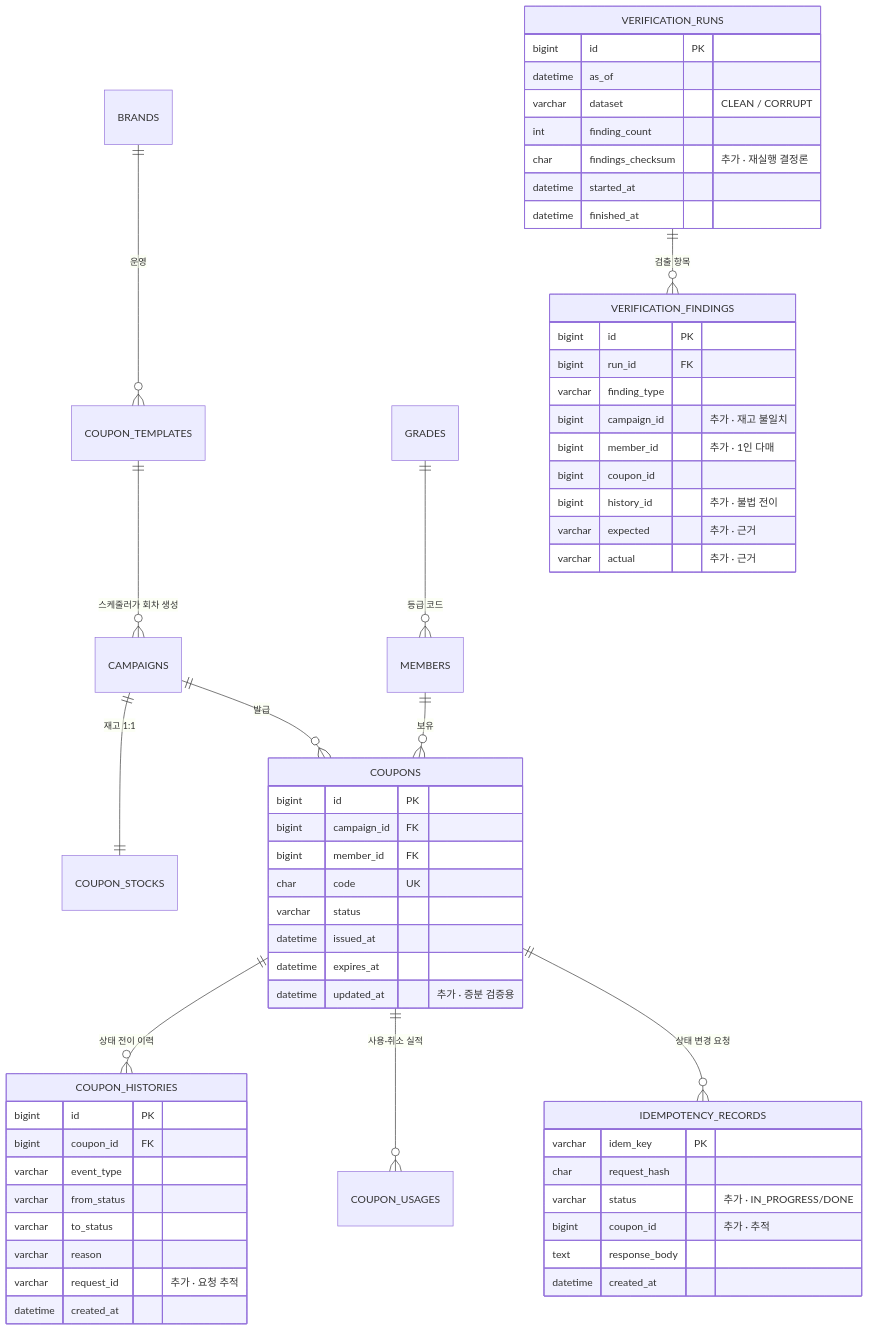
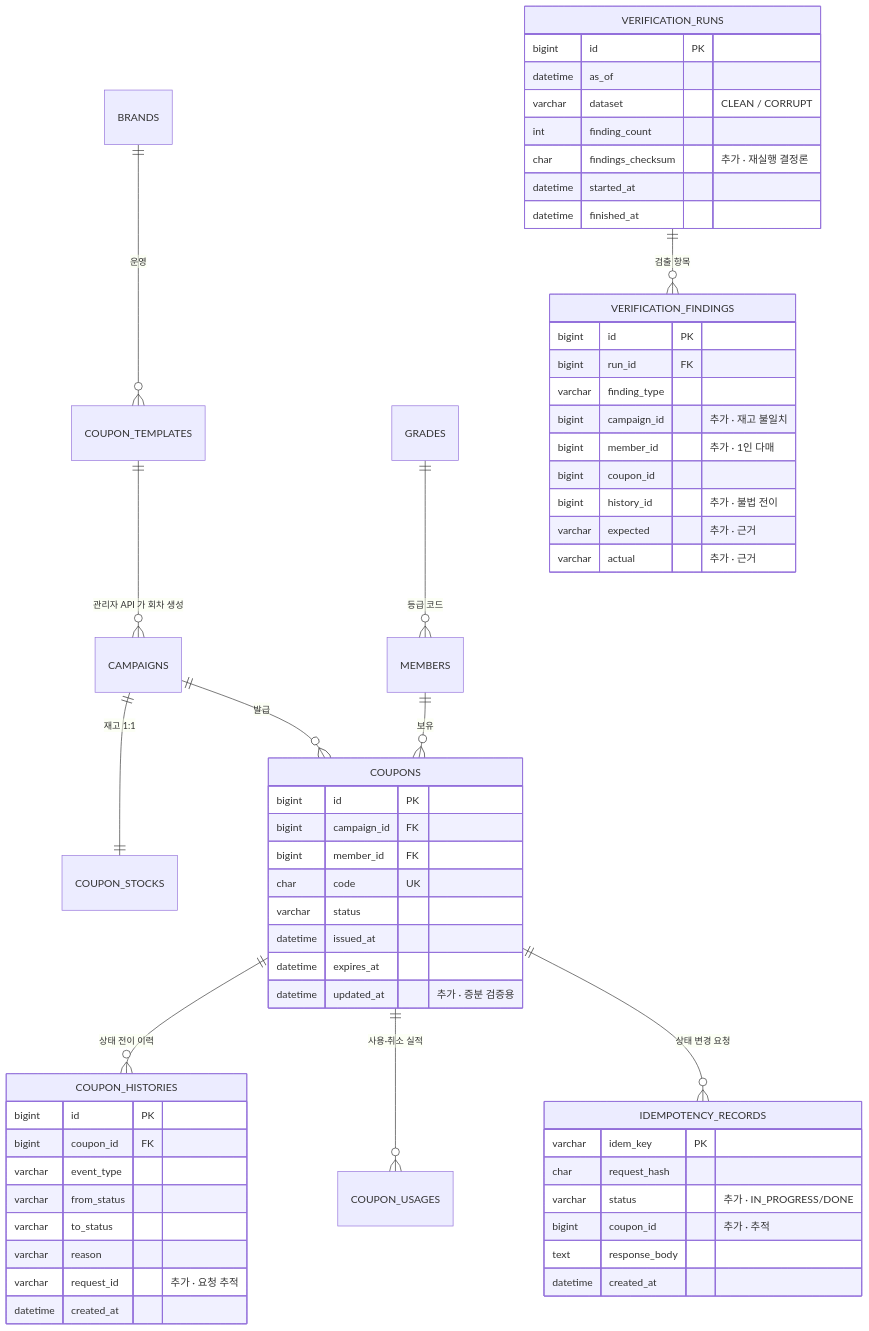
Before and after one commit to coupon-yaho/cy-be: the diagram in docs/02-erd-decisions.md, drawn with Mermaid. The commit also changed 1 other file, not shown here.

Commit message:
[CY-503] docs : ERD 가 아직 "스케줄러가 회차 생성" 이라고 말하고 있었다
이 티켓이 회차 생성을 배치에서 걷어냈는데, 그 사실을 배치 문서 셋에만 반영했다. ERD 관계선
라벨 둘은 그대로 남아 배치 문서와 정반대를 말하고 있었다.

  COUPON_TEMPLATES ||--o{ CAMPAIGNS : "스케줄러가 회차 생성"

지금 회차를 만드는 것은 관리자 API 다 — CouponRoundAdminController 의
POST /api/v1/admin/coupon-templates/{id}/rounds (feature/CY-5). 코드로 확인했다.

ERD 는 설계 논의의 출발점이라 나중에 온 사람이 배치 문서보다 여기를 먼저 본다. 두 곳이
다르면 "배치가 안 만든다" 가 아니라 "둘 중 뭐가 맞는지 모르겠다" 가 된다.

⚠️ ERD 의 엔티티 이름은 손대지 않았다. 이 ERD 는 리네이밍 한 세대 전이라
CAMPAIGNS=coupons · COUPONS=issuances · COUPON_HISTORIES=issuance_histories ·
COUPON_USAGES=issuance_usages 로 전부 어긋나 있다. 그건 이 티켓이 만든 낡음이 아니고
범위도 다르므로 별도로 다룬다.

````diff
--- a/docs/02-erd-decisions.md
+++ b/docs/02-erd-decisions.md
@@ -311,62 +311,62 @@
 ```mermaid
 erDiagram
     BRANDS            ||--o{ COUPON_TEMPLATES   : "운영"
-    COUPON_TEMPLATES  ||--o{ CAMPAIGNS          : "스케줄러가 회차 생성"
+    COUPON_TEMPLATES  ||--o{ CAMPAIGNS          : "관리자 API 가 회차 생성"
     CAMPAIGNS         ||--|| COUPON_STOCKS      : "재고 1:1"
     CAMPAIGNS         ||--o{ COUPONS            : "발급"
     MEMBERS           ||--o{ COUPONS            : "보유"
     GRADES            ||--o{ MEMBERS            : "등급 코드"
     COUPONS           ||--o{ COUPON_HISTORIES   : "상태 전이 이력"
     COUPONS           ||--o{ COUPON_USAGES      : "사용·취소 실적"
     COUPONS           ||--o{ IDEMPOTENCY_RECORDS: "상태 변경 요청"
     VERIFICATION_RUNS ||--o{ VERIFICATION_FINDINGS : "검출 항목"
 
     COUPONS {
         bigint id PK
         bigint campaign_id FK
         bigint member_id FK
         char code UK
         varchar status
         datetime issued_at
         datetime expires_at
         datetime updated_at "추가 · 증분 검증용"
     }
     COUPON_HISTORIES {
         bigint id PK
         bigint coupon_id FK
         varchar event_type
         varchar from_status
         varchar to_status
         varchar reason
         varchar request_id "추가 · 요청 추적"
         datetime created_at
     }
     IDEMPOTENCY_RECORDS {
         varchar idem_key PK
         char request_hash
         varchar status "추가 · IN_PROGRESS/DONE"
         bigint coupon_id "추가 · 추적"
         text response_body
         datetime created_at
     }
     VERIFICATION_RUNS {
         bigint id PK
         datetime as_of
         varchar dataset "CLEAN / CORRUPT"
         int finding_count
         char findings_checksum "추가 · 재실행 결정론"
         datetime started_at
         datetime finished_at
     }
     VERIFICATION_FINDINGS {
         bigint id PK
         bigint run_id FK
         varchar finding_type
         bigint campaign_id "추가 · 재고 불일치"
         bigint member_id "추가 · 1인 다매"
         bigint coupon_id
         bigint history_id "추가 · 불법 전이"
         varchar expected "추가 · 근거"
         varchar actual "추가 · 근거"
     }
 ```
````
